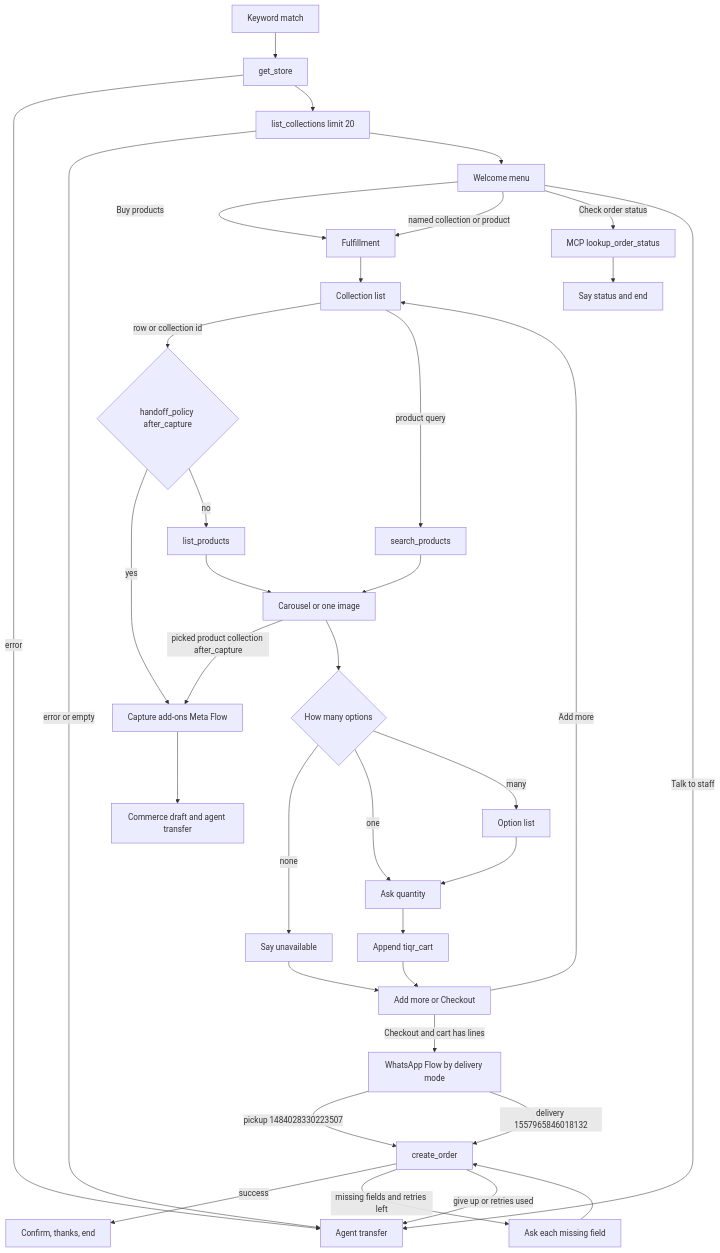
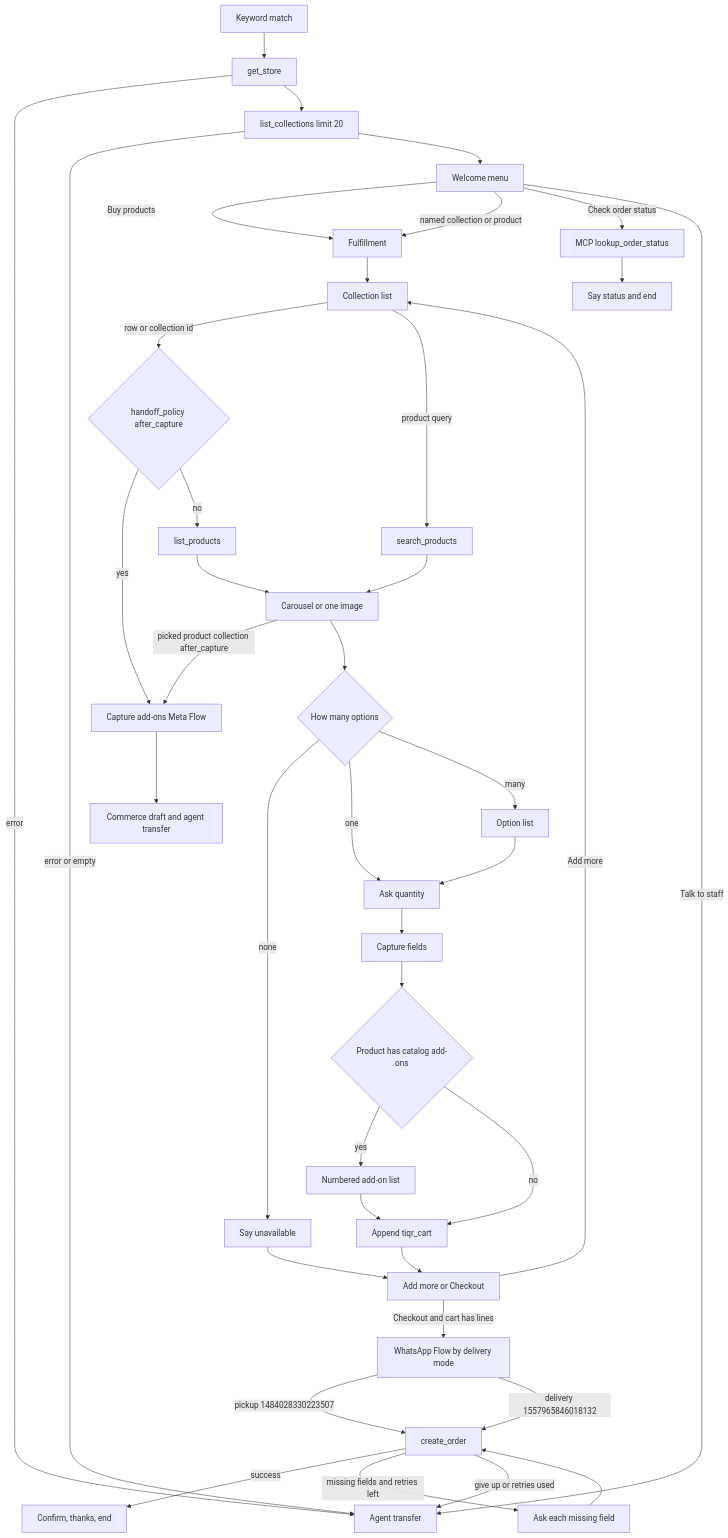
One commit to Ticker-Events/whatomate changed the diagram in docs/tiqr-ecommerce-coded-flow.md. Above: the diagram before and after it, drawn with Mermaid. The commit also changed other lines of this file and 9 other files, not shown here.

Commit message:
Add addons in flow

````diff
--- a/docs/tiqr-ecommerce-coded-flow.md
+++ b/docs/tiqr-ecommerce-coded-flow.md
@@ -19,38 +19,42 @@
 ```mermaid
 flowchart TD
   kw[Keyword match] --> store[get_store]
   store -->|error| xfer[Agent transfer]
   store --> cols["list_collections limit 20"]
   cols -->|error or empty| xfer
   cols --> menu[Welcome menu]
   menu -->|Buy products| ful[Fulfillment]
   menu -->|named collection or product| ful
   menu -->|Check order status| look[MCP lookup_order_status]
   menu -->|Talk to staff| xfer
   look --> endStatus[Say status and end]
   ful --> list[Collection list]
   list -->|row or collection id| policy{handoff_policy after_capture}
   policy -->|yes| afterCapture[Capture add-ons Meta Flow]
   afterCapture --> commerceXfer[Commerce draft and agent transfer]
   policy -->|no| prod[list_products]
   list -->|product query| search[search_products]
   search --> show[Carousel or one image]
   prod --> show
   show -->|picked product collection after_capture| afterCapture
   show --> opt{How many options}
   opt -->|none| skip[Say unavailable]
   opt -->|one| qty[Ask quantity]
   opt -->|many| olist[Option list]
   olist --> qty
-  qty --> cart[Append tiqr_cart]
+  qty --> capture[Capture fields]
+  capture --> addons{Product has catalog add-ons}
+  addons -->|yes| addonAsk[Numbered add-on list]
+  addonAsk --> cart[Append tiqr_cart]
+  addons -->|no| cart
   skip --> next[Add more or Checkout]
   cart --> next
   next -->|Add more| list
   next -->|Checkout and cart has lines| flow[WhatsApp Flow by delivery mode]
   flow -->|pickup 1484028330223507| create[create_order]
   flow -->|delivery 1557965846018132| create
   create -->|success| done[Confirm, thanks, end]
   create -->|missing fields and retries left| fix[Ask each missing field]
   fix --> create
   create -->|give up or retries used| xfer
 ```
````
